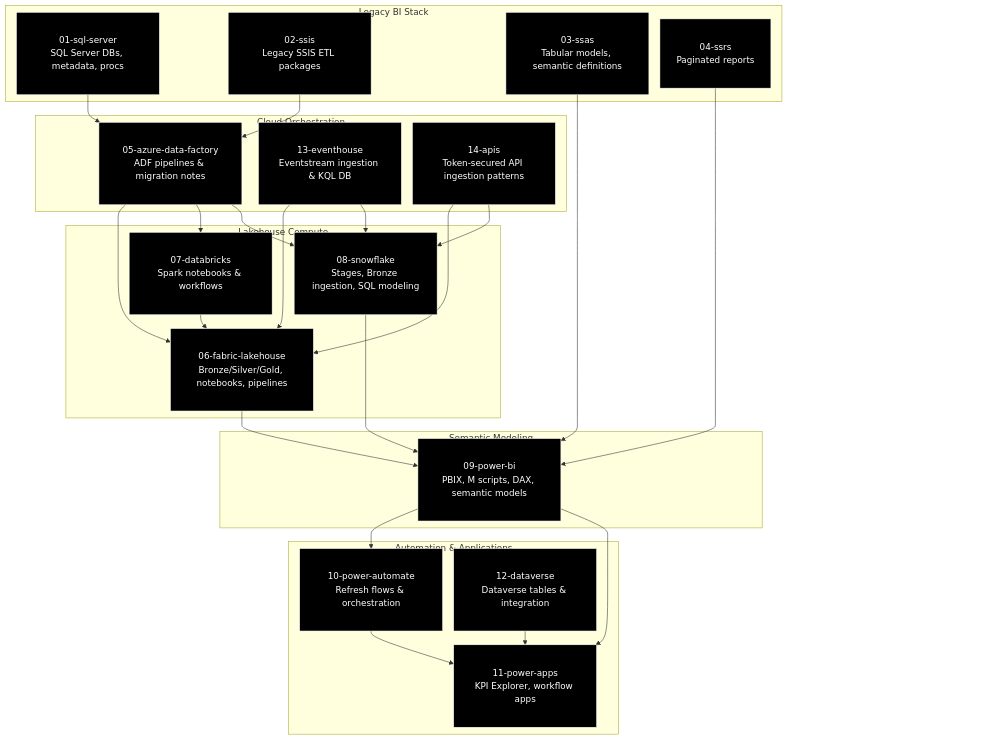
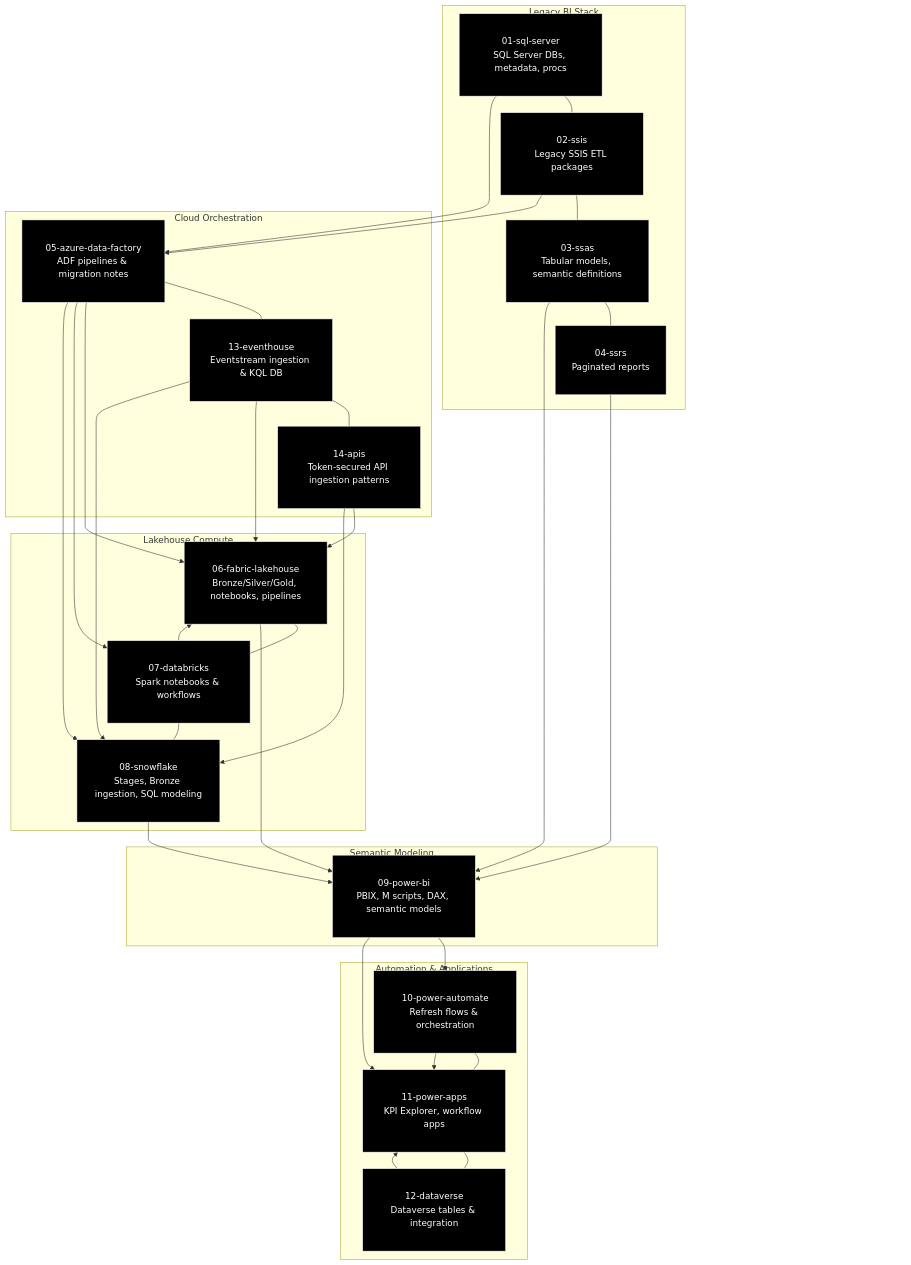
One commit to michaelraylloyd/gulf-to-bay-analytics-modernization changed the diagram in docs/README.md. Above: the diagram before and after it, drawn with Mermaid.

Commit message:
Expanded SQL Server modernization narrative; added GTB-aligned documentation and DBA toolkit headers

````diff
--- a/docs/README.md
+++ b/docs/README.md
@@ -573,5 +573,5 @@
 ```mermaid
-%%{init: {'flowchart': {'nodeSpacing': 20, 'rankSpacing': 25}}}%%
+%%{init: {'flowchart': {'nodeSpacing': 20, 'rankSpacing': 30}}}%%
 
 flowchart TB
 
@@ -585,6 +585,11 @@
     SSIS[02-ssis<br/>Legacy SSIS ETL packages]:::dark
     SSAS[03-ssas<br/>Tabular models, semantic definitions]:::dark
     SSRS[04-ssrs<br/>Paginated reports]:::dark
+
+    %% horizontal alignment
+    SQL --- SSIS
+    SSIS --- SSAS
+    SSAS --- SSRS
 end
 
 %% L2 — Cloud Orchestration
@@ -593,6 +598,9 @@
     ADF[05-azure-data-factory<br/>ADF pipelines & migration notes]:::dark
     EVENT[13-eventhouse<br/>Eventstream ingestion & KQL DB]:::dark
     APIS[14-apis<br/>Token-secured API ingestion patterns]:::dark
+
+    ADF --- EVENT
+    EVENT --- APIS
 end
 
 %% L3 — Lakehouse Compute
@@ -601,6 +609,9 @@
     FAB[06-fabric-lakehouse<br/>Bronze/Silver/Gold, notebooks, pipelines]:::dark
     DBX[07-databricks<br/>Spark notebooks & workflows]:::dark
     SNOW[08-snowflake<br/>Stages, Bronze ingestion, SQL modeling]:::dark
+
+    FAB --- DBX
+    DBX --- SNOW
 end
 
 %% L4 — Semantic Modeling
@@ -615,6 +626,9 @@
     PA[10-power-automate<br/>Refresh flows & orchestration]:::dark
     APPS[11-power-apps<br/>KPI Explorer, workflow apps]:::dark
     DV[12-dataverse<br/>Dataverse tables & integration]:::dark
+
+    PA --- APPS
+    APPS --- DV
 end
 
 %% FLOWS
````
